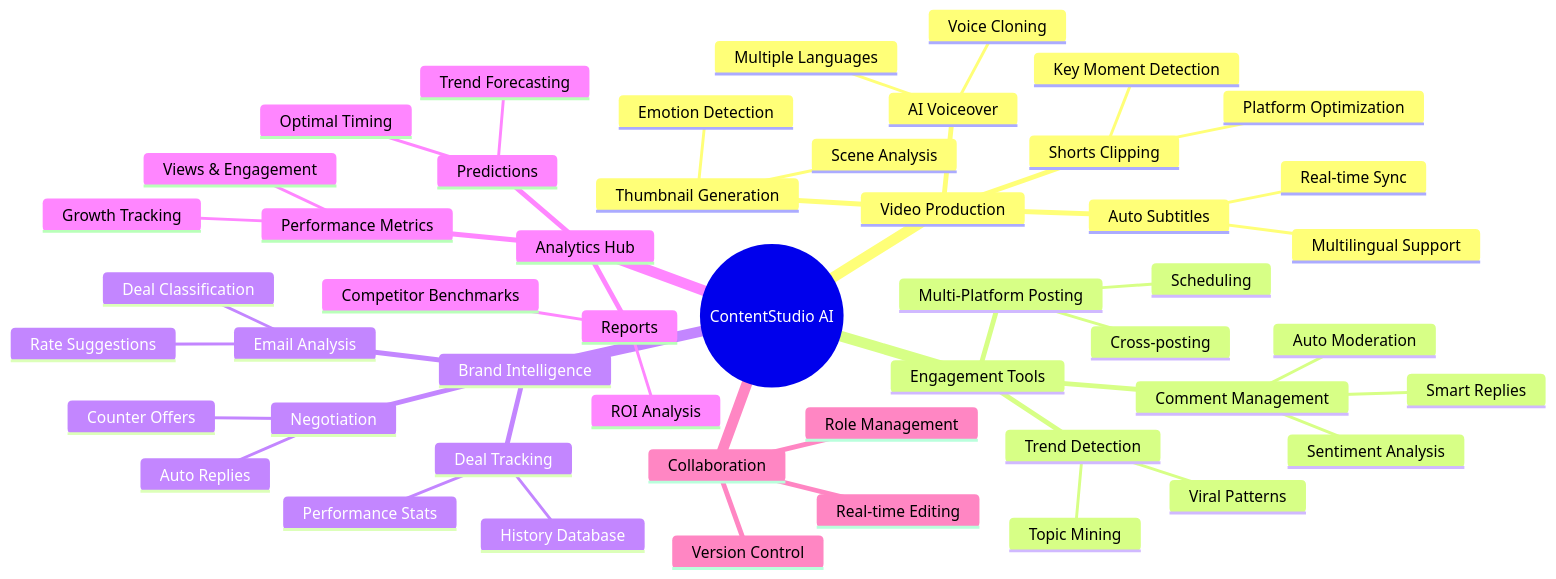
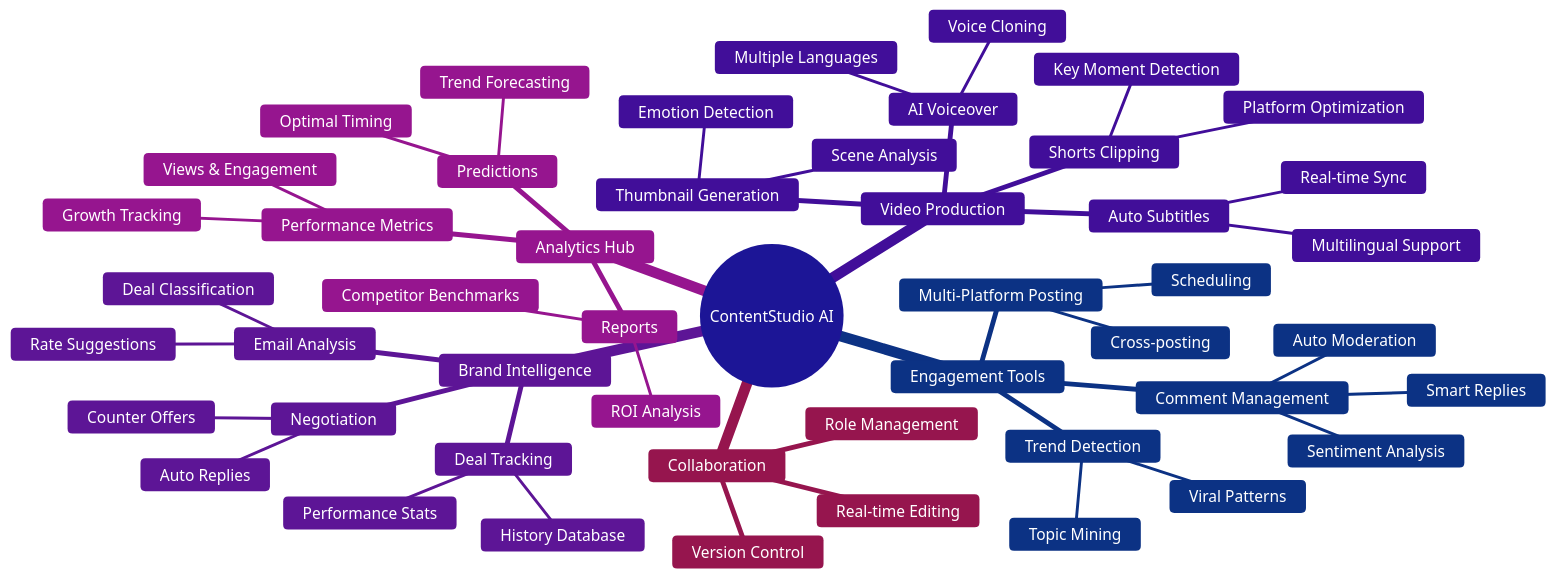
Before and after one commit to karansingh7773-rathore/ContentStudio_AI: the fourth of 16 diagrams in design.md, drawn with Mermaid.

Commit message:
fix mermaid diagram text black to white

````diff
--- a/design.md
+++ b/design.md
@@ -142,52 +142,53 @@
 ```mermaid
+%%{init: {'theme': 'base', 'themeVariables': { 'primaryColor': '#4f46e5', 'primaryTextColor': '#ffffff', 'primaryBorderColor': '#6366f1', 'lineColor': '#a5b4fc', 'secondaryColor': '#7c3aed', 'tertiaryColor': '#2563eb', 'nodeTextColor': '#ffffff'}}}%%
 mindmap
   root((ContentStudio AI))
     Video Production
       Auto Subtitles
         Multilingual Support
         Real-time Sync
       AI Voiceover
         Voice Cloning
         Multiple Languages
       Thumbnail Generation
         Scene Analysis
         Emotion Detection
       Shorts Clipping
         Key Moment Detection
         Platform Optimization
     Engagement Tools
       Comment Management
         Sentiment Analysis
         Auto Moderation
         Smart Replies
       Trend Detection
         Topic Mining
         Viral Patterns
       Multi-Platform Posting
         Scheduling
         Cross-posting
     Brand Intelligence
       Email Analysis
         Deal Classification
         Rate Suggestions
       Negotiation
         Auto Replies
         Counter Offers
       Deal Tracking
         History Database
         Performance Stats
     Analytics Hub
       Performance Metrics
         Views & Engagement
         Growth Tracking
       Predictions
         Trend Forecasting
         Optimal Timing
       Reports
         ROI Analysis
         Competitor Benchmarks
     Collaboration
       Real-time Editing
       Version Control
       Role Management
 ```
````
